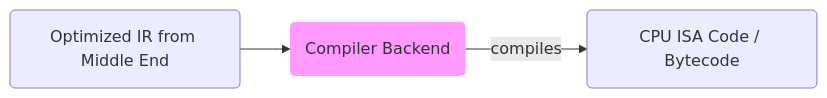
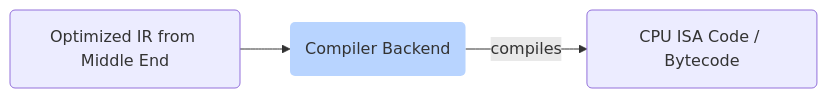
The eighth of 10 diagrams in docs/Tutorials/07_compiler.md (avimehenwal/python.avimehenwal), drawn with Mermaid before and after one commit. The commit also changed other lines of this file and 14 other files, not shown here.

````diff
--- a/docs/Tutorials/07_compiler.md
+++ b/docs/Tutorials/07_compiler.md
@@ -302,10 +310,8 @@
 ```mermaid
 graph LR
 A(Optimized IR from Middle End)
-B(Compiler Backend):::purple
+B(Compiler Backend):::blue
 C(CPU ISA Code / Bytecode)
-
 A --> B -- compiles --> C
-
-classDef purple fill:#f9f,stroke:#333,stroke-width:0px;
+classDef blue fill:#b8d4ff,stroke-width:0px;
 ```
````
